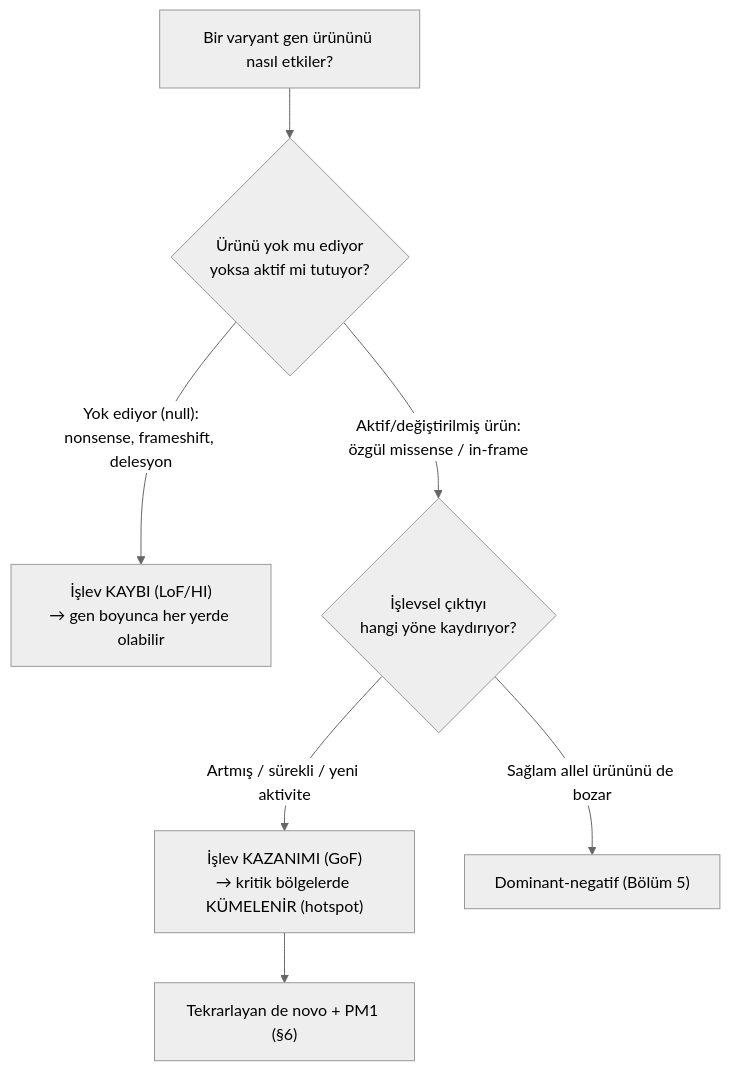
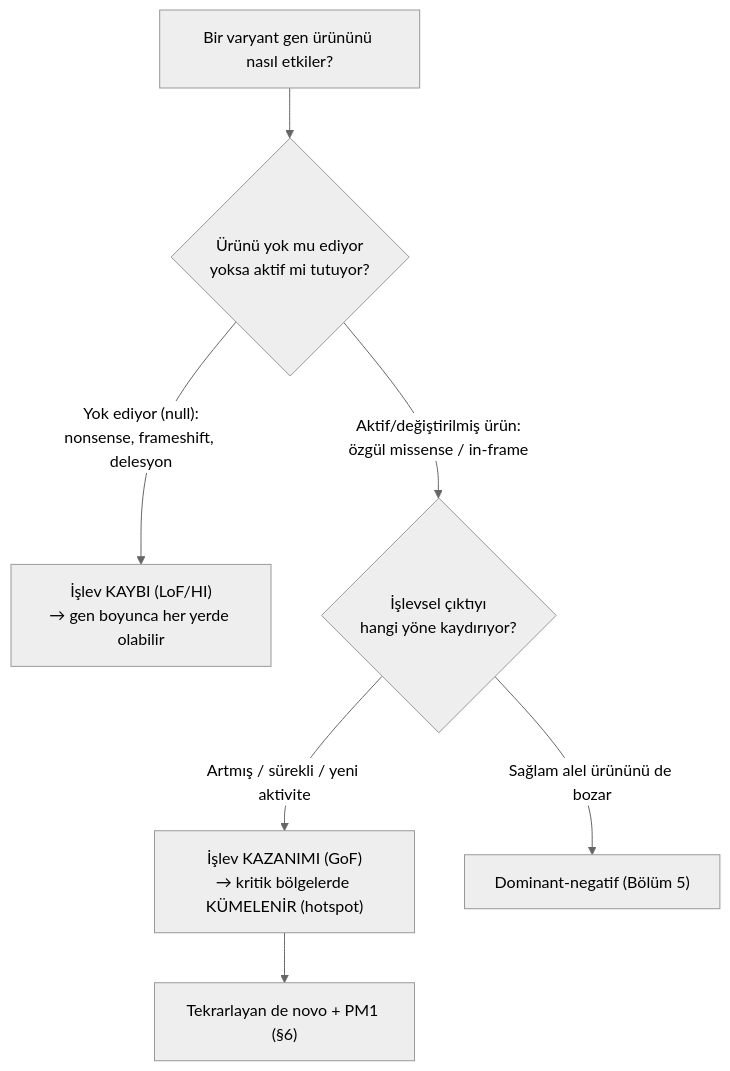
One commit to MDKalenderoglu/Mekanizma_Kitab- changed the first of 3 diagrams in Bölüm_04_Gain_of_Function.md. Above: the diagram before and after it, drawn with Mermaid (neutral theme). The commit also changed other lines of this file and 21 other files, not shown here.

````diff
--- a/Bölüm_04_Gain_of_Function.md
+++ b/Bölüm_04_Gain_of_Function.md
@@ -124,9 +124,9 @@
 ```mermaid
 flowchart TD
   A["Bir varyant gen ürününü nasıl etkiler?"] --> B{"Ürünü yok mu ediyor<br/>yoksa aktif mi tutuyor?"}
   B -->|"Yok ediyor (null):<br/>nonsense, frameshift, delesyon"| C["İşlev KAYBI (LoF/HI)<br/>→ gen boyunca her yerde olabilir"]
   B -->|"Aktif/değiştirilmiş ürün:<br/>özgül missense / in-frame"| D{"İşlevsel çıktıyı<br/>hangi yöne kaydırıyor?"}
   D -->|"Artmış / sürekli / yeni aktivite"| E["İşlev KAZANIMI (GoF)<br/>→ kritik bölgelerde KÜMELENİR (hotspot)"]
-  D -->|"Sağlam allel ürününü de bozar"| F["Dominant-negatif (Bölüm 5)"]
+  D -->|"Sağlam alel ürününü de bozar"| F["Dominant-negatif (Bölüm 5)"]
   E --> G["Tekrarlayan de novo + PM1 (§6)"]
 ```
````
